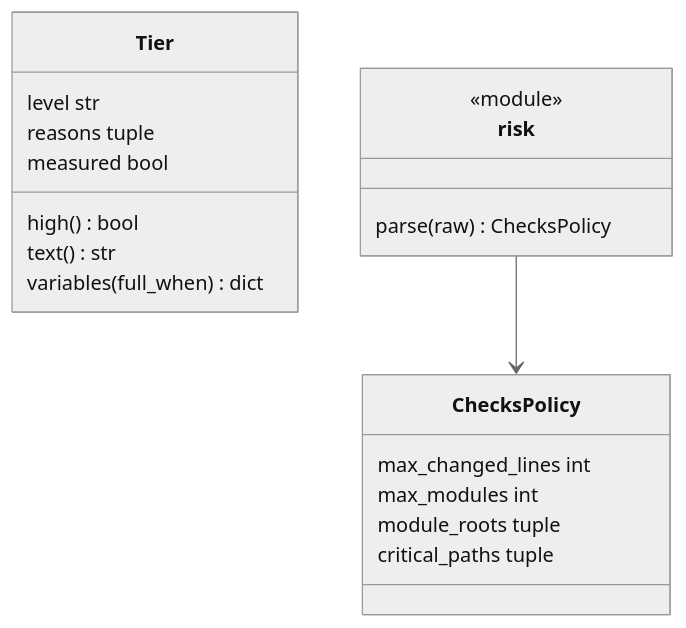
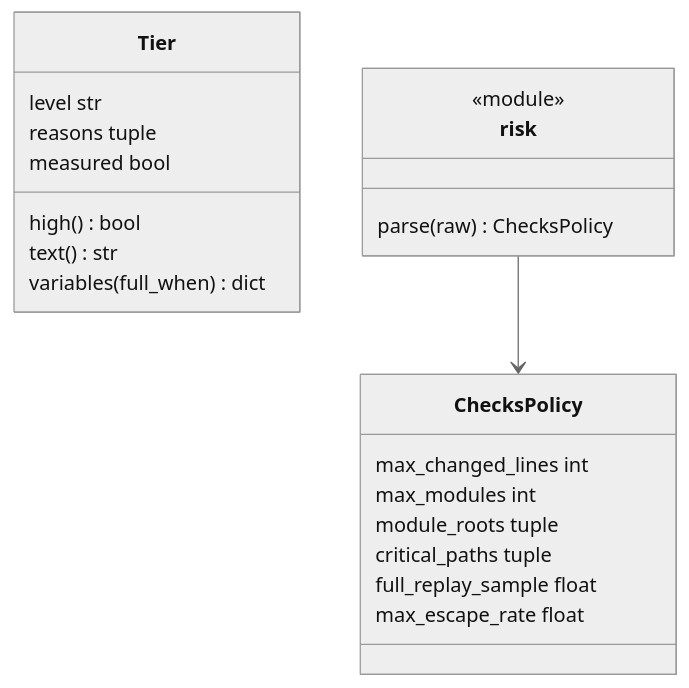
One commit to plaplanche/ariane changed the second of 3 diagrams in docs/architecture/modules/risk.md. Above: the diagram before and after it, drawn with Mermaid (neutral theme). The commit also changed other lines of this file and 41 other files, not shown here.

Commit message:
#186: Sampled full replay, escapes and escape rate in ariane report (C9, C19)

````diff
--- a/docs/architecture/modules/risk.md
+++ b/docs/architecture/modules/risk.md
@@ -44,22 +47,24 @@
 ```mermaid
 classDiagram
 class ChecksPolicy {
   max_changed_lines int
   max_modules int
   module_roots tuple
   critical_paths tuple
+  full_replay_sample float
+  max_escape_rate float
 }
 class Tier {
   level str
   reasons tuple
   measured bool
   high() bool
   text() str
   variables(full_when) dict
 }
 class risk {
   <<module>>
   parse(raw) ChecksPolicy
 }
 risk --> ChecksPolicy
 ```
````
